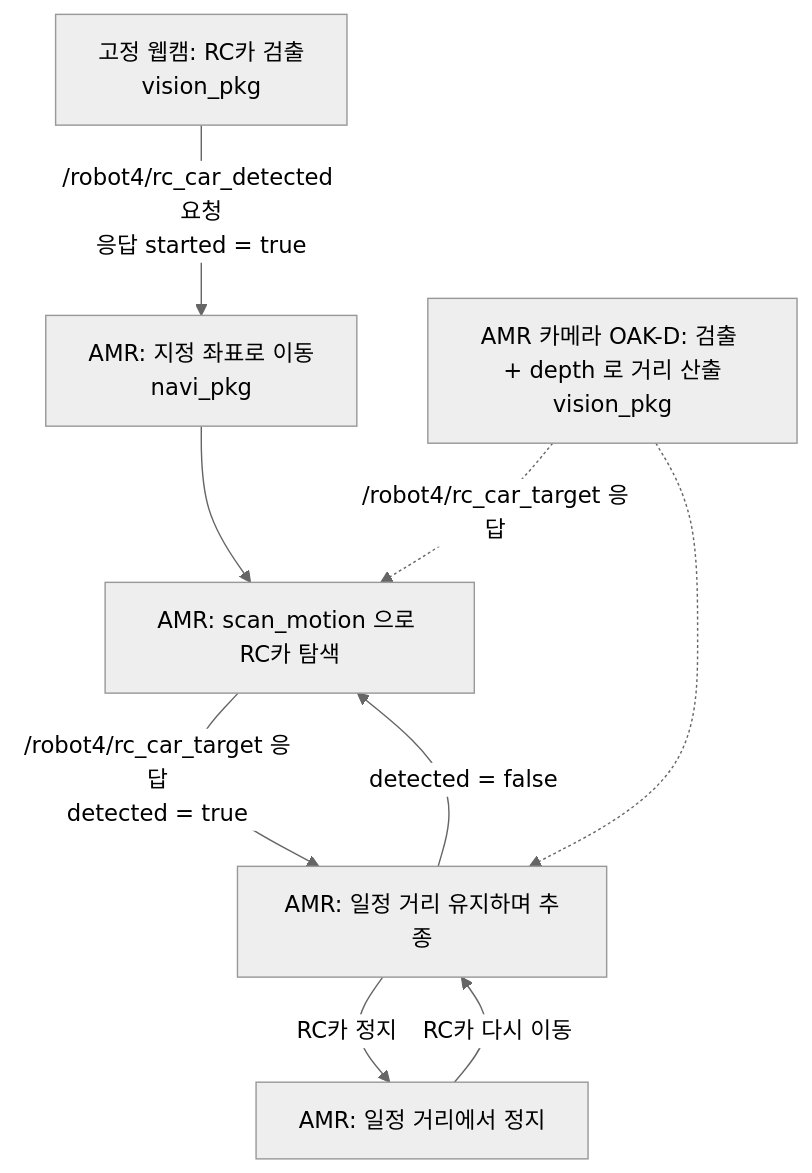
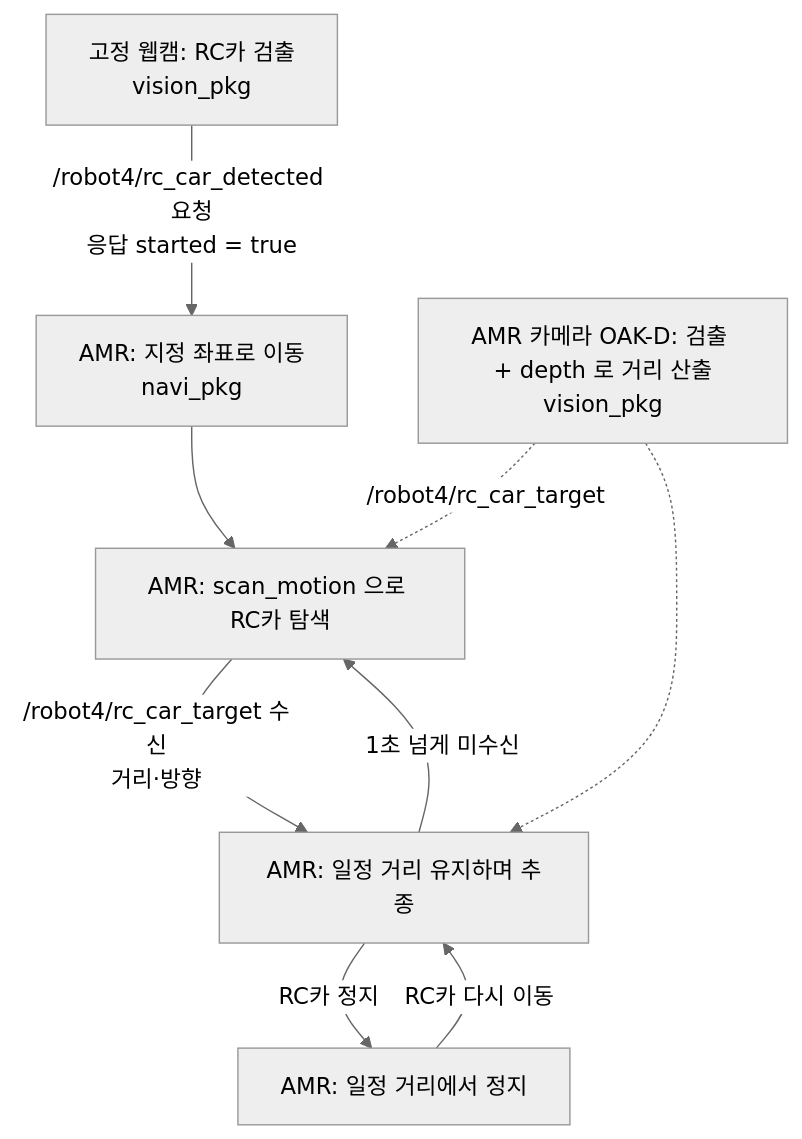
The diagram in docs/interfaces.md (lhm3185/b-1_mini_project), drawn with Mermaid (neutral theme) before and after one commit. The commit also changed other lines of this file and 3 other files, not shown here.

First line of the commit message:
인터페이스 v0.9: rc_car_target 을 다시 토픽(msg)으로

````diff
--- a/docs/interfaces.md
+++ b/docs/interfaces.md
@@ -8,11 +8,11 @@
 ```mermaid
 flowchart TD
     A[고정 웹캠: RC카 검출<br/>vision_pkg] -->|/robot4/rc_car_detected 요청<br/>응답 started = true| B[AMR: 지정 좌표로 이동<br/>navi_pkg]
     B --> C[AMR: scan_motion 으로 RC카 탐색]
-    C -->|/robot4/rc_car_target 응답<br/>detected = true| D[AMR: 일정 거리 유지하며 추종]
+    C -->|/robot4/rc_car_target 수신<br/>거리·방향| D[AMR: 일정 거리 유지하며 추종]
     D -->|RC카 정지| E[AMR: 일정 거리에서 정지]
     E -->|RC카 다시 이동| D
-    D -->|detected = false| C
-    F[AMR 카메라 OAK-D: 검출 + depth 로 거리 산출<br/>vision_pkg] -.->|/robot4/rc_car_target 응답| C
+    D -->|1초 넘게 미수신| C
+    F[AMR 카메라 OAK-D: 검출 + depth 로 거리 산출<br/>vision_pkg] -.->|/robot4/rc_car_target| C
     F -.-> D
 ```
````
